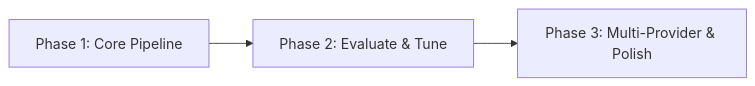
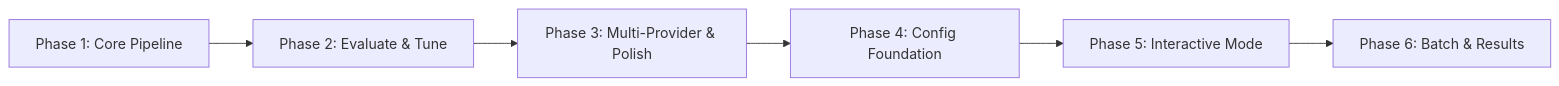
The diagram in .planning/ROADMAP.md (DangTAnh/textToSQLFLow), drawn with Mermaid before and after one commit. The commit also changed other lines of this file and 2 other files, not shown here.

Commit message:
docs: create milestone v1.1 roadmap (3 phases)

````diff
--- a/.planning/ROADMAP.md
+++ b/.planning/ROADMAP.md
@@ -68,5 +109,8 @@
 ```mermaid
 graph LR
     P1[Phase 1: Core Pipeline] --> P2[Phase 2: Evaluate & Tune]
     P2 --> P3[Phase 3: Multi-Provider & Polish]
+    P3 --> P4[Phase 4: Config Foundation]
+    P4 --> P5[Phase 5: Interactive Mode]
+    P5 --> P6[Phase 6: Batch & Results]
 ```
````
